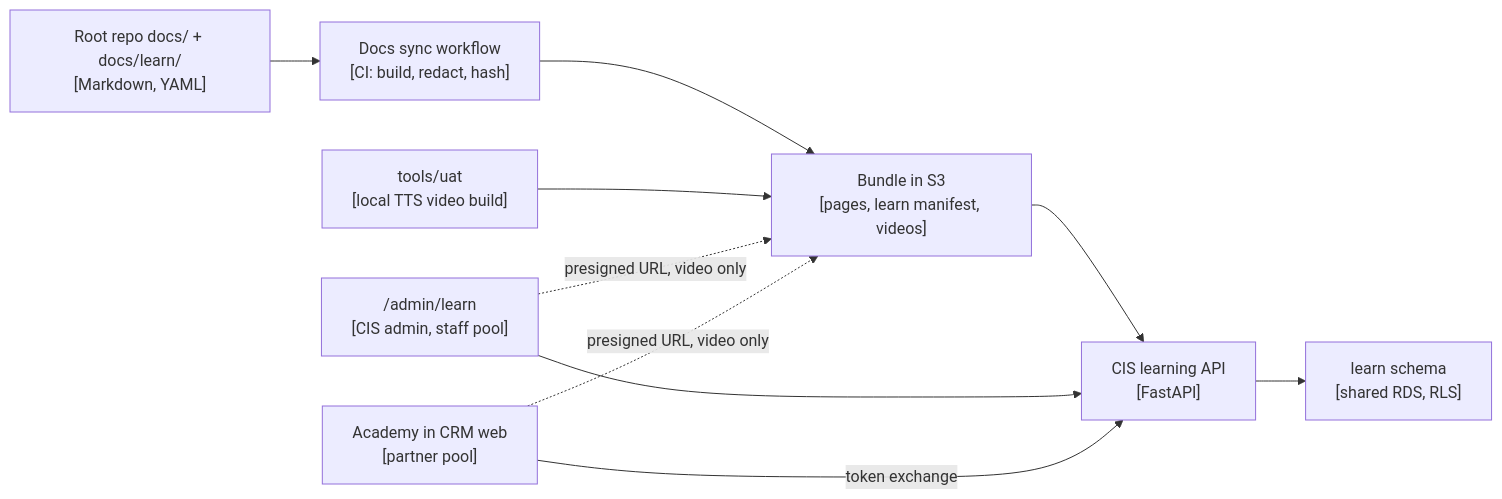
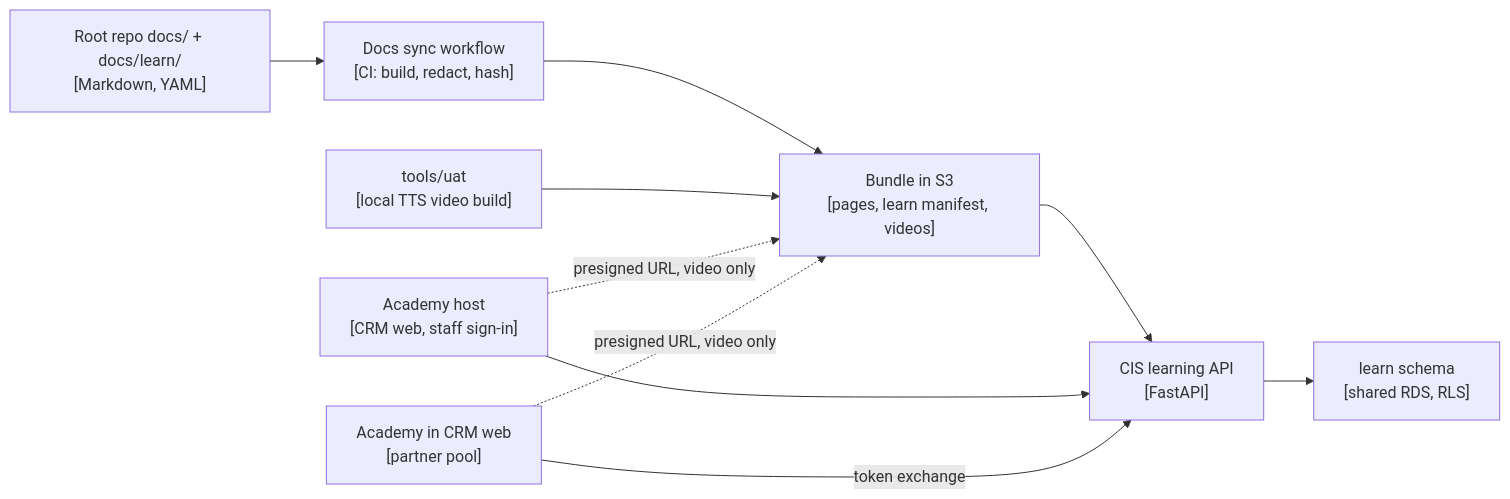
One commit to AdventureAsia365-Ecosys/AA-Ecosys changed the second of 2 diagrams in docs/research/lms/README.md. Above: the diagram before and after it, drawn with Mermaid. The commit also changed other lines of this file and 28 other files, not shown here.

First line of the commit message:
docs: AA Academy learn schema design, retention rows, learning API contract and ADR 0022

````diff
--- a/docs/research/lms/README.md
+++ b/docs/research/lms/README.md
@@ -504,18 +505,18 @@
 ```mermaid
 flowchart LR
   repo["Root repo docs/ + docs/learn/<br/>[Markdown, YAML]"]
   sync["Docs sync workflow<br/>[CI: build, redact, hash]"]
   s3["Bundle in S3<br/>[pages, learn manifest, videos]"]
   api["CIS learning API<br/>[FastAPI]"]
   db["learn schema<br/>[shared RDS, RLS]"]
-  staff["/admin/learn<br/>[CIS admin, staff pool]"]
+  staff["Academy host<br/>[CRM web, staff sign-in]"]
   agency["Academy in CRM web<br/>[partner pool]"]
   uat["tools/uat<br/>[local TTS video build]"]
   repo --> sync --> s3 --> api
   uat --> s3
   api --> db
   staff -.->|"presigned URL, video only"| s3
   agency -.->|"presigned URL, video only"| s3
   staff --> api
   agency -->|"token exchange"| api
 ```
````
